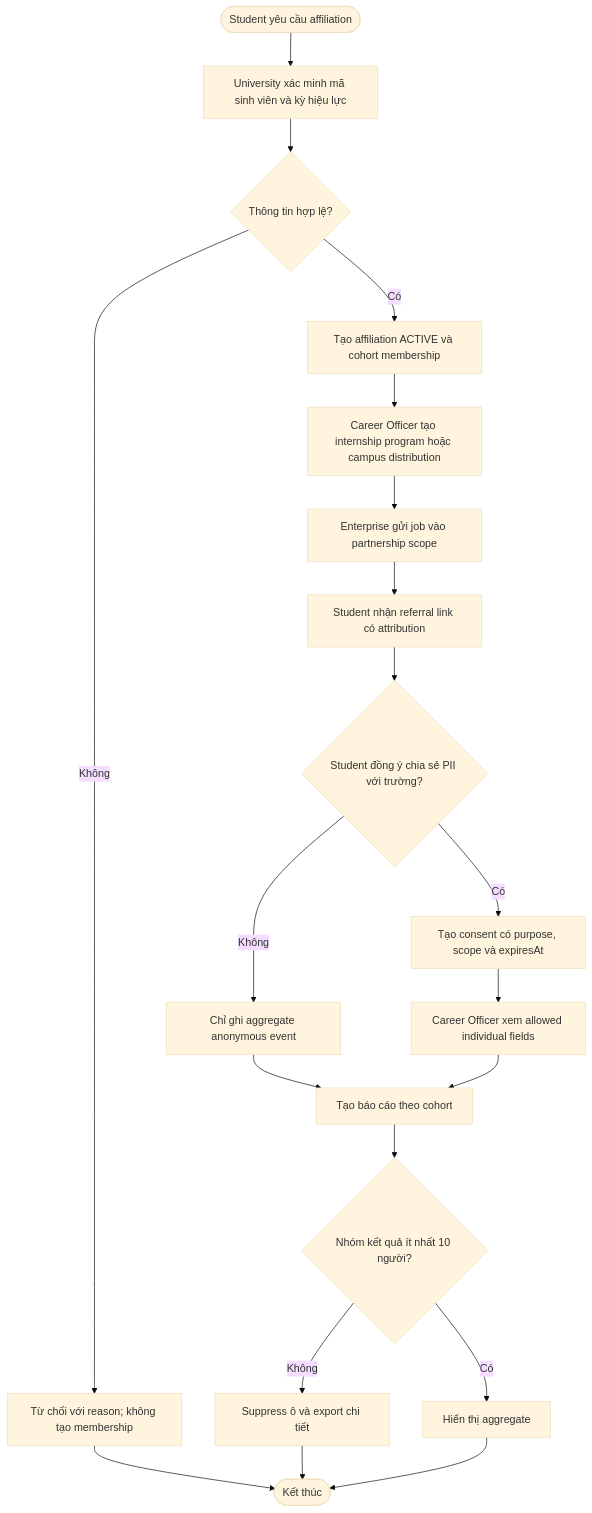
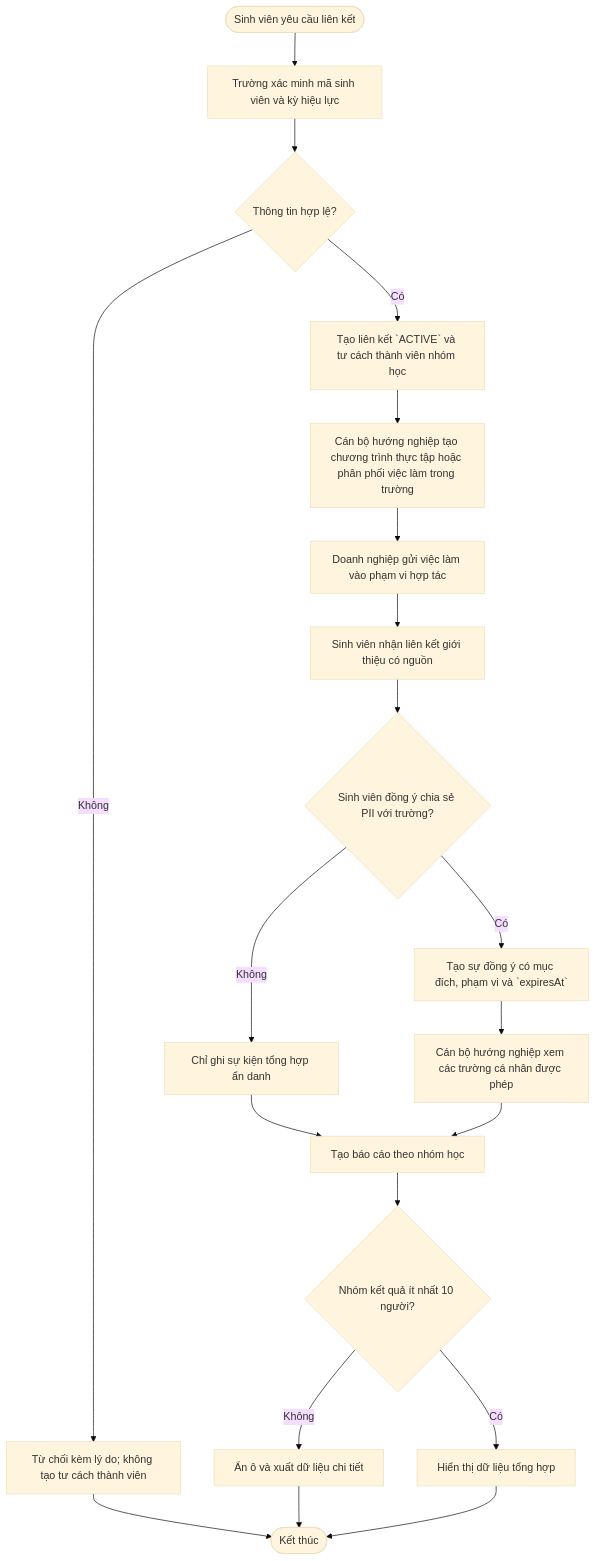
Diagram 17 of 47 in docs/BD/02_BIEU_DO_HE_THONG.md (daovanhung-dev/Study2Work), drawn with Mermaid (base theme) before and after one commit. The commit also changed other lines of this file and 2295 other files, not shown here.

````diff
--- a/docs/BD/02_BIEU_DO_HE_THONG.md
+++ b/docs/BD/02_BIEU_DO_HE_THONG.md
@@ -706,22 +707,22 @@
 ```mermaid
 flowchart TD
-    A([Student yêu cầu affiliation]) --> B[University xác minh mã sinh viên và kỳ hiệu lực]
+    A([Sinh viên yêu cầu liên kết]) --> B[Trường xác minh mã sinh viên và kỳ hiệu lực]
     B --> C{Thông tin hợp lệ?}
-    C -- Không --> D[Từ chối với reason; không tạo membership]
-    C -- Có --> E[Tạo affiliation ACTIVE và cohort membership]
-    E --> F[Career Officer tạo internship program hoặc campus distribution]
-    F --> G[Enterprise gửi job vào partnership scope]
-    G --> H[Student nhận referral link có attribution]
-    H --> I{Student đồng ý chia sẻ PII với trường?}
-    I -- Có --> J[Tạo consent có purpose, scope và expiresAt]
-    I -- Không --> K[Chỉ ghi aggregate anonymous event]
-    J --> L[Career Officer xem allowed individual fields]
-    K --> M[Tạo báo cáo theo cohort]
+    C -- Không --> D[Từ chối kèm lý do; không tạo tư cách thành viên]
+    C -- Có --> E[Tạo liên kết `ACTIVE` và tư cách thành viên nhóm học]
+    E --> F[Cán bộ hướng nghiệp tạo chương trình thực tập hoặc phân phối việc làm trong trường]
+    F --> G[Doanh nghiệp gửi việc làm vào phạm vi hợp tác]
+    G --> H[Sinh viên nhận liên kết giới thiệu có nguồn]
+    H --> I{Sinh viên đồng ý chia sẻ PII với trường?}
+    I -- Có --> J[Tạo sự đồng ý có mục đích, phạm vi và `expiresAt`]
+    I -- Không --> K[Chỉ ghi sự kiện tổng hợp ẩn danh]
+    J --> L[Cán bộ hướng nghiệp xem các trường cá nhân được phép]
+    K --> M[Tạo báo cáo theo nhóm học]
     L --> M
     M --> N{Nhóm kết quả ít nhất 10 người?}
-    N -- Không --> O[Suppress ô và export chi tiết]
-    N -- Có --> P[Hiển thị aggregate]
+    N -- Không --> O[Ẩn ô và xuất dữ liệu chi tiết]
+    N -- Có --> P[Hiển thị dữ liệu tổng hợp]
     D --> Q([Kết thúc])
     O --> Q
     P --> Q
 ```
````
